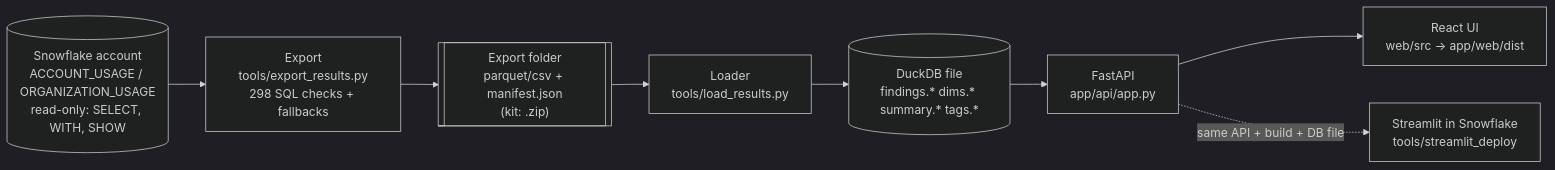
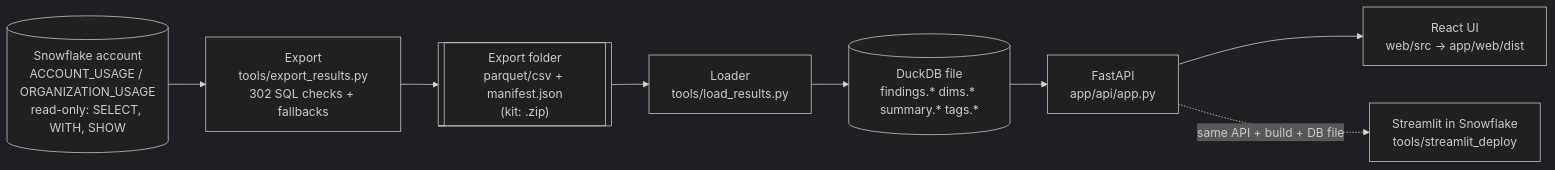
One commit to darshanmeel/snowflake-audit-app changed the diagram in snowflake-audit-app-knowledge-graph/index.md. Above: the diagram before and after it, drawn with Mermaid (dark theme). The commit also changed other lines of this file and 30 other files, not shown here.

````diff
--- a/snowflake-audit-app-knowledge-graph/index.md
+++ b/snowflake-audit-app-knowledge-graph/index.md
@@ -9,12 +9,12 @@
 ```mermaid
 flowchart LR
   SF[("Snowflake account<br/>ACCOUNT_USAGE / ORGANIZATION_USAGE<br/>read-only: SELECT, WITH, SHOW")]
-  EX["Export<br/>tools/export_results.py<br/>298 SQL checks + fallbacks"]
+  EX["Export<br/>tools/export_results.py<br/>302 SQL checks + fallbacks"]
   OUT[["Export folder<br/>parquet/csv + manifest.json<br/>(kit: .zip)"]]
   LD["Loader<br/>tools/load_results.py"]
   DB[("DuckDB file<br/>findings.* dims.* summary.* tags.*")]
   API["FastAPI<br/>app/api/app.py"]
   UI["React UI<br/>web/src -> app/web/dist"]
   SF --> EX --> OUT --> LD --> DB --> API --> UI
   API -. "same API + build + DB file" .-> ST["Streamlit in Snowflake<br/>tools/streamlit_deploy"]
 ```
````
